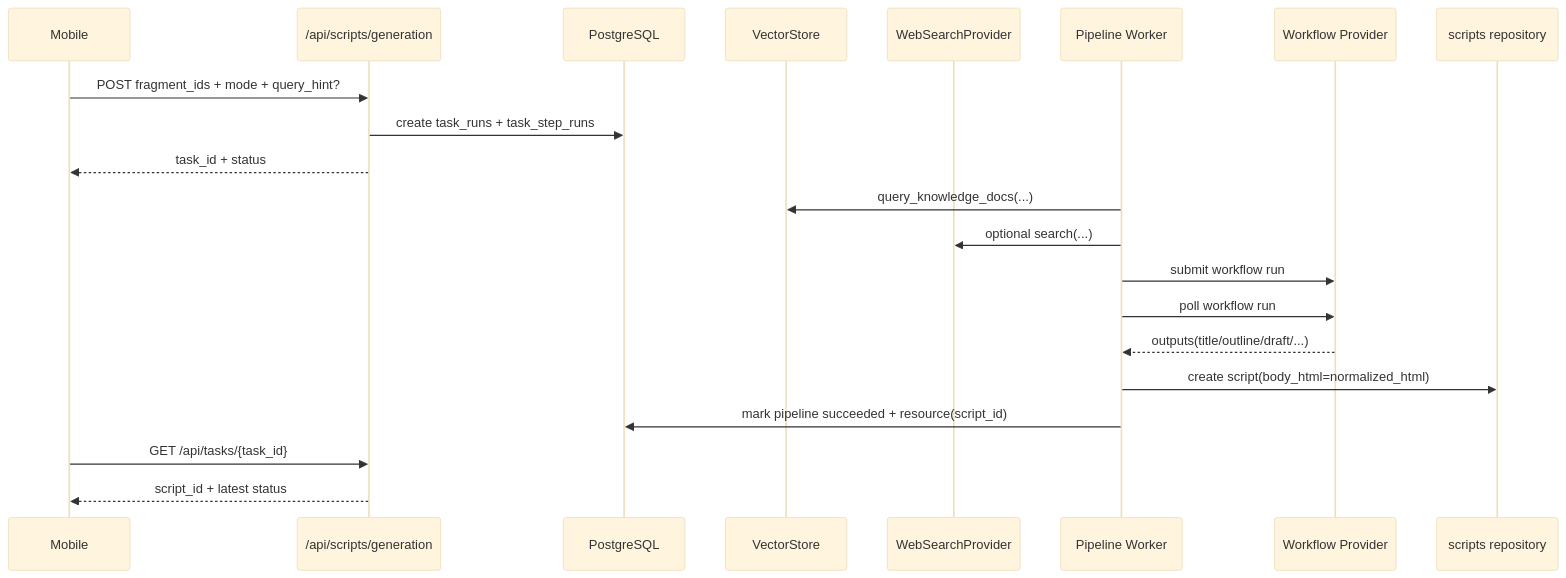
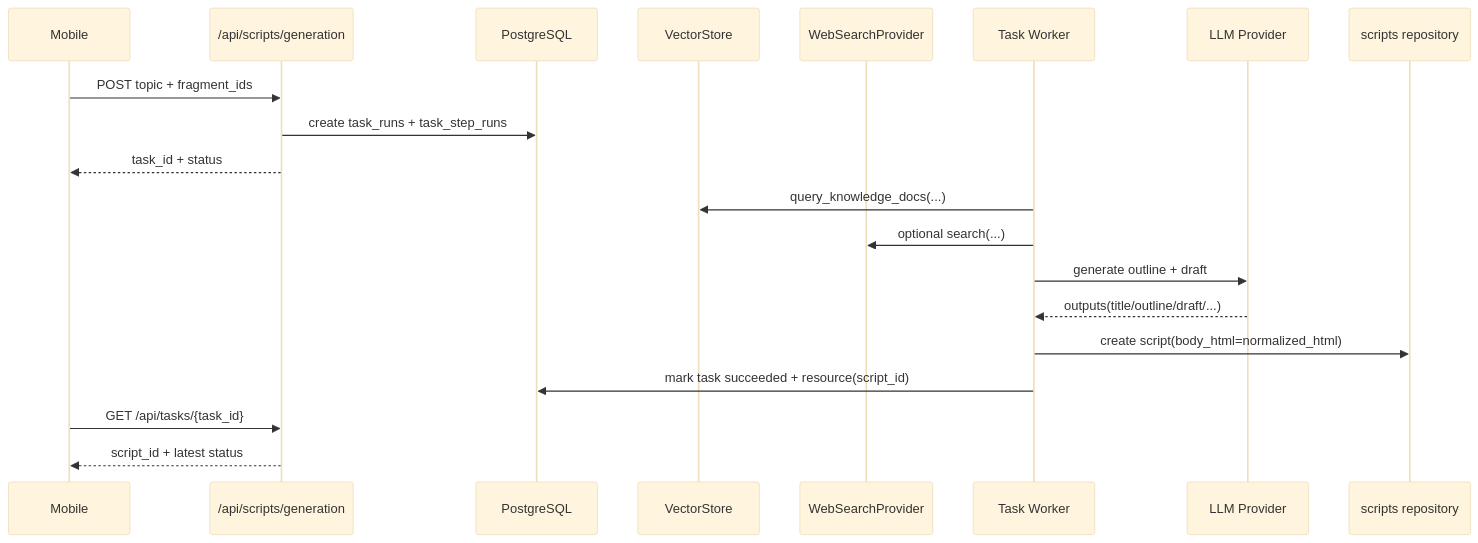
Before and after one commit to YCZA2/SparkFlow: the seventh of 10 diagrams in memory-bank/architecture.md, drawn with Mermaid (base theme). The commit also changed other lines of this file and 29 other files, not shown here.

````diff
--- a/memory-bank/architecture.md
+++ b/memory-bank/architecture.md
@@ -514,24 +514,23 @@
 ```mermaid
 sequenceDiagram
     participant App as Mobile
     participant API as /api/scripts/generation
     participant DB as PostgreSQL
     participant VDB as VectorStore
     participant WEB as WebSearchProvider
-    participant PIPE as Pipeline Worker
-    participant WFP as Workflow Provider
+    participant TASK as Task Worker
+    participant LLM as LLM Provider
     participant SCRIPT as scripts repository
 
-    App->>API: POST fragment_ids + mode + query_hint?
+    App->>API: POST topic + fragment_ids
     API->>DB: create task_runs + task_step_runs
     API-->>App: task_id + status
-    PIPE->>VDB: query_knowledge_docs(...)
-    PIPE->>WEB: optional search(...)
-    PIPE->>WFP: submit workflow run
-    PIPE->>WFP: poll workflow run
-    WFP-->>PIPE: outputs(title/outline/draft/...)
-    PIPE->>SCRIPT: create script(body_html=normalized_html)
-    PIPE->>DB: mark pipeline succeeded + resource(script_id)
+    TASK->>VDB: query_knowledge_docs(...)
+    TASK->>WEB: optional search(...)
+    TASK->>LLM: generate outline + draft
+    LLM-->>TASK: outputs(title/outline/draft/...)
+    TASK->>SCRIPT: create script(body_html=normalized_html)
+    TASK->>DB: mark task succeeded + resource(script_id)
     App->>API: GET /api/tasks/{task_id}
     API-->>App: script_id + latest status
 ```
````
